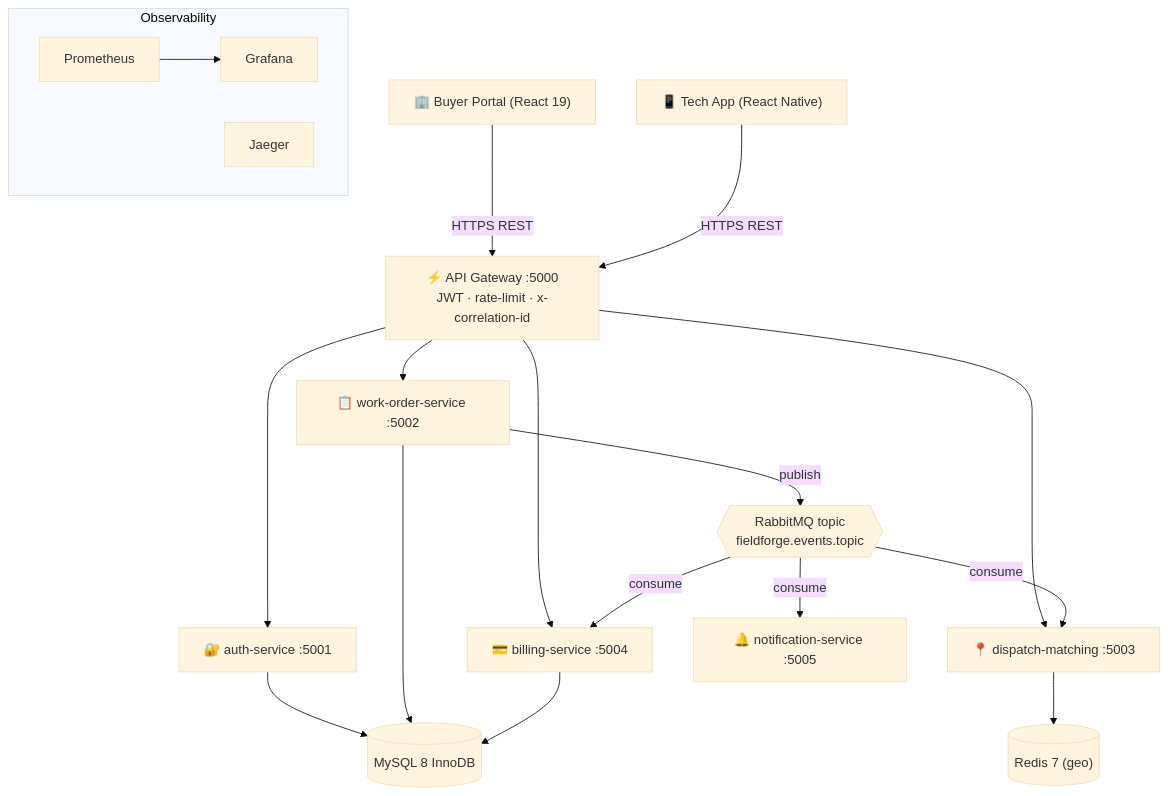
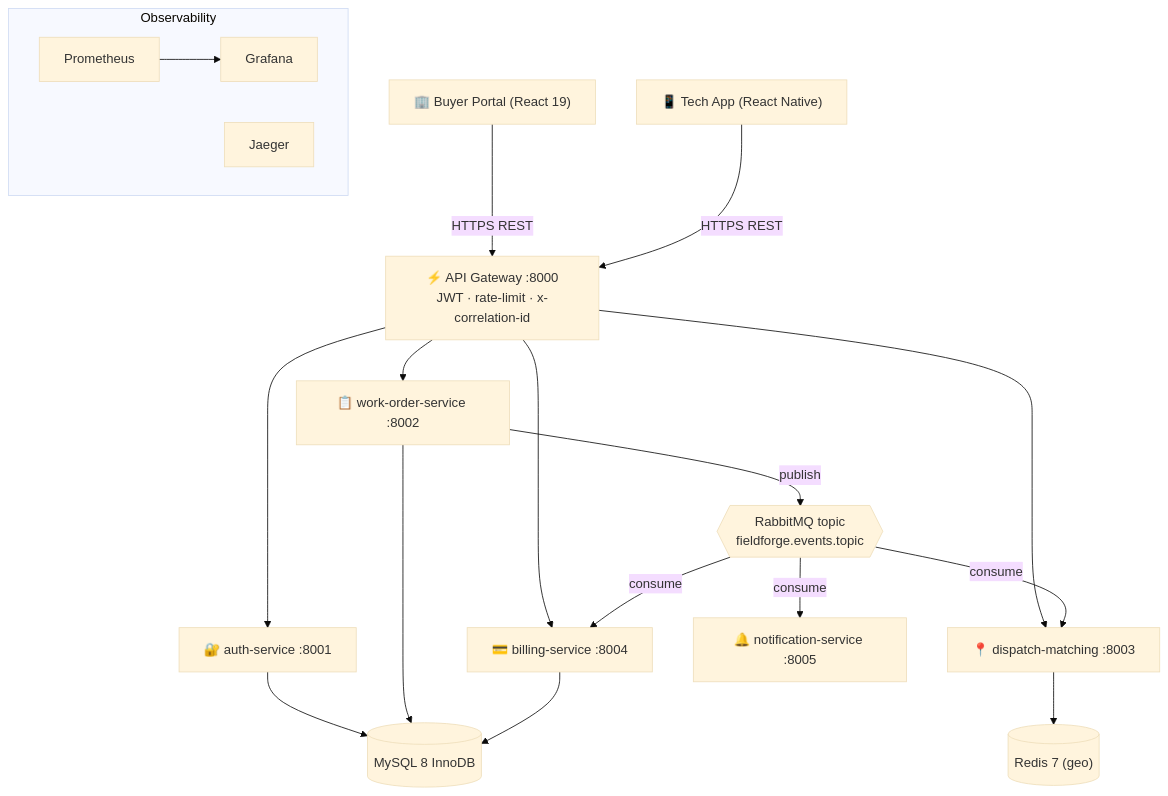
One commit to satya-ranjon/FieldForge changed the first of 2 diagrams in docs/ARCHITECTURE.md. Above: the diagram before and after it, drawn with Mermaid (base theme). The commit also changed other lines of this file and 26 other files, not shown here.

````diff
--- a/docs/ARCHITECTURE.md
+++ b/docs/ARCHITECTURE.md
@@ -67,26 +67,26 @@
 ```mermaid
 graph TD
     Buyer["🏢 Buyer Portal (React 19)"] -->|HTTPS REST| APIGW
     Tech["📱 Tech App (React Native)"] -->|HTTPS REST| APIGW
-    APIGW["⚡ API Gateway :5000<br/>JWT · rate-limit · x-correlation-id"]
+    APIGW["⚡ API Gateway :8000<br/>JWT · rate-limit · x-correlation-id"]
 
-    APIGW --> AuthSvc["🔐 auth-service :5001"]
-    APIGW --> WOSvc["📋 work-order-service :5002"]
-    APIGW --> DispSvc["📍 dispatch-matching :5003"]
-    APIGW --> BillSvc["💳 billing-service :5004"]
+    APIGW --> AuthSvc["🔐 auth-service :8001"]
+    APIGW --> WOSvc["📋 work-order-service :8002"]
+    APIGW --> DispSvc["📍 dispatch-matching :8003"]
+    APIGW --> BillSvc["💳 billing-service :8004"]
 
     AuthSvc --> MySQL[("MySQL 8 InnoDB")]
     WOSvc --> MySQL
     BillSvc --> MySQL
     DispSvc --> Redis[("Redis 7 (geo)")]
 
     WOSvc -->|publish| MQ{{"RabbitMQ topic<br/>fieldforge.events.topic"}}
     MQ -->|consume| DispSvc
     MQ -->|consume| BillSvc
-    MQ -->|consume| NotifSvc["🔔 notification-service :5005"]
+    MQ -->|consume| NotifSvc["🔔 notification-service :8005"]
 
     subgraph Observability
       Prom["Prometheus"] --> Graf["Grafana"]
       Jaeger["Jaeger"]
     end
 ```
````
